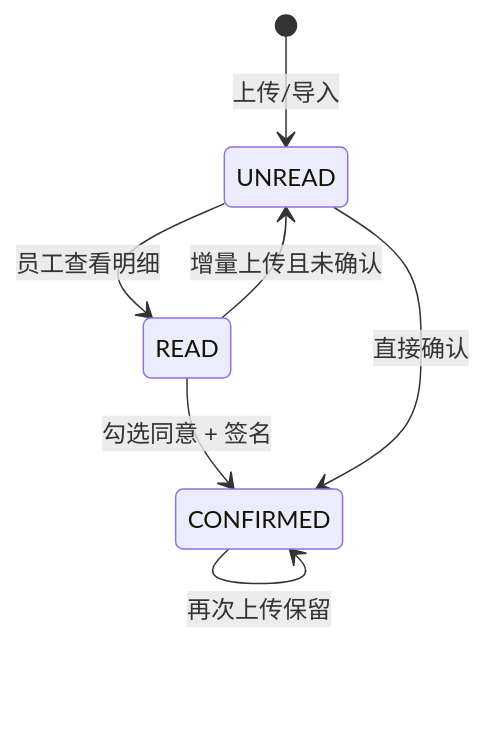
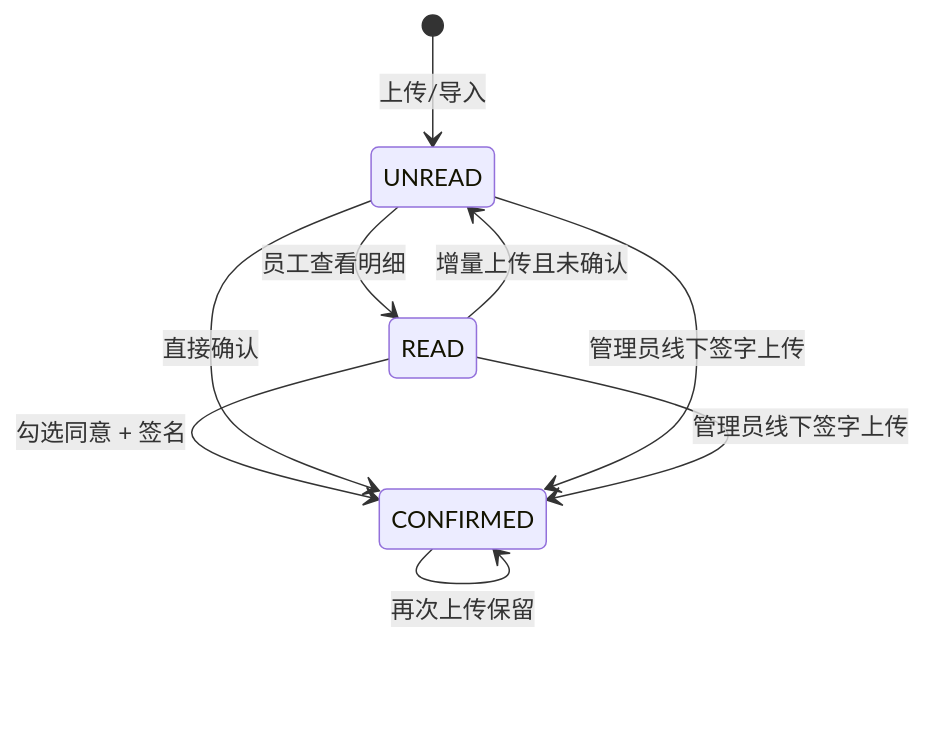
Before and after one commit to Keal-thas/hr-manager-sys: the fifth of 8 diagrams in docs/ARCHITECTURE.md, drawn with Mermaid. The commit also changed other lines of this file and 14 other files, not shown here.

````diff
--- a/docs/ARCHITECTURE.md
+++ b/docs/ARCHITECTURE.md
@@ -125,9 +128,11 @@
 ```mermaid
 stateDiagram-v2
     [*] --> UNREAD: 上传/导入
     UNREAD --> READ: 员工查看明细
     READ --> CONFIRMED: 勾选同意 + 签名
     UNREAD --> CONFIRMED: 直接确认
     READ --> UNREAD: 增量上传且未确认
     CONFIRMED --> CONFIRMED: 再次上传保留
+    UNREAD --> CONFIRMED: 管理员线下签字上传
+    READ --> CONFIRMED: 管理员线下签字上传
 ```
````
